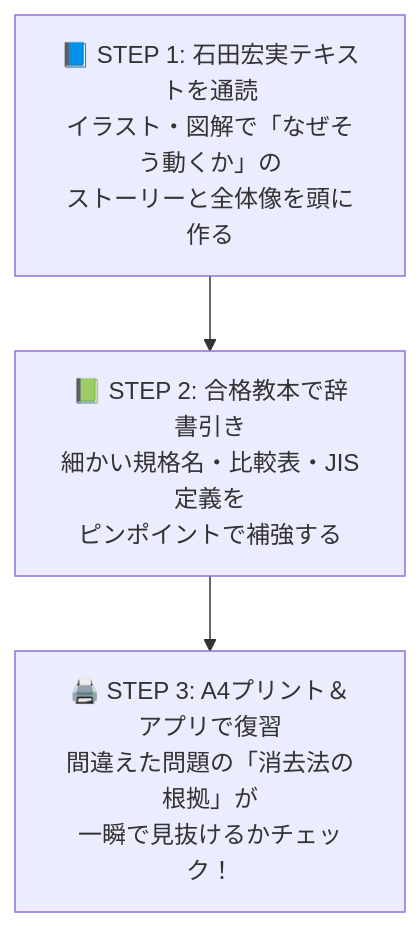
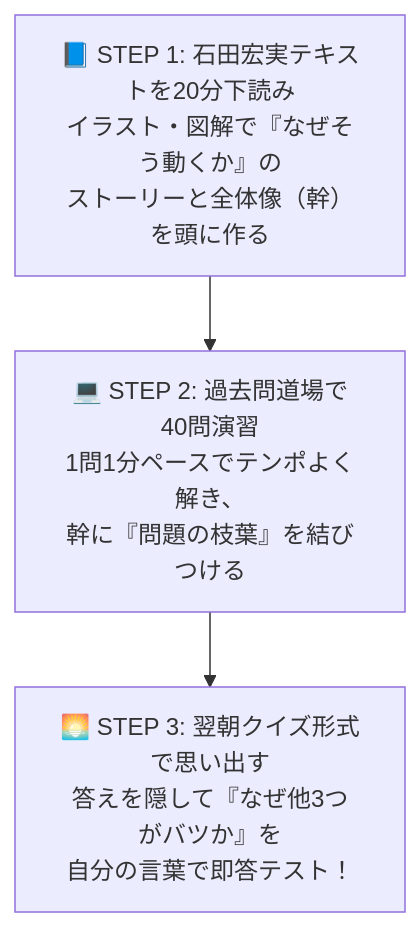
Before and after one commit to h4npen/AP-MindMap-Anki: the diagram in docs/inbox/00_スケジュール/textbook-study-guide.md, drawn with Mermaid. The commit also changed other lines of this file and 2 other files, not shown here.

````diff
--- a/docs/inbox/00_スケジュール/textbook-study-guide.md
+++ b/docs/inbox/00_スケジュール/textbook-study-guide.md
@@ -20,7 +20,7 @@
 ```mermaid
 flowchart TD
-    Step1["📘 STEP 1: 石田宏実テキストを通読<br>イラスト・図解で「なぜそう動くか」の<br>ストーリーと全体像を頭に作る"]
-    Step2["📗 STEP 2: 合格教本で辞書引き<br>細かい規格名・比較表・JIS定義を<br>ピンポイントで補強する"]
-    Step3["🖨️ STEP 3: A4プリント＆アプリで復習<br>間違えた問題の「消去法の根拠」が<br>一瞬で見抜けるかチェック！"]
+    Step1["📘 STEP 1: 石田宏実テキストを20分下読み<br>イラスト・図解で『なぜそう動くか』の<br>ストーリーと全体像（幹）を頭に作る"]
+    Step2["💻 STEP 2: 過去問道場で40問演習<br>1問1分ペースでテンポよく解き、<br>幹に『問題の枝葉』を結びつける"]
+    Step3["🌅 STEP 3: 翌朝クイズ形式で思い出す<br>答えを隠して『なぜ他3つがバツか』を<br>自分の言葉で即答テスト！"]
     Step1 --> Step2 --> Step3
 ```
````
